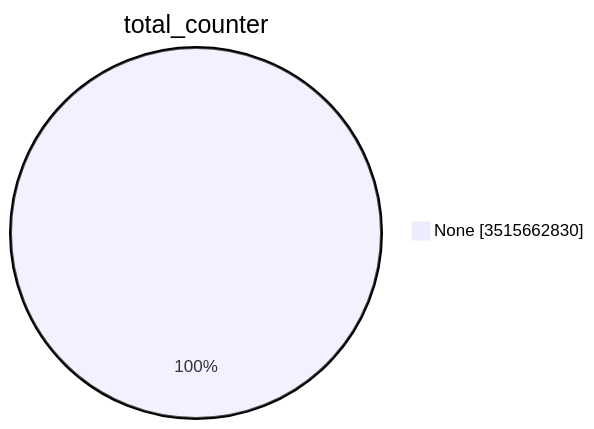
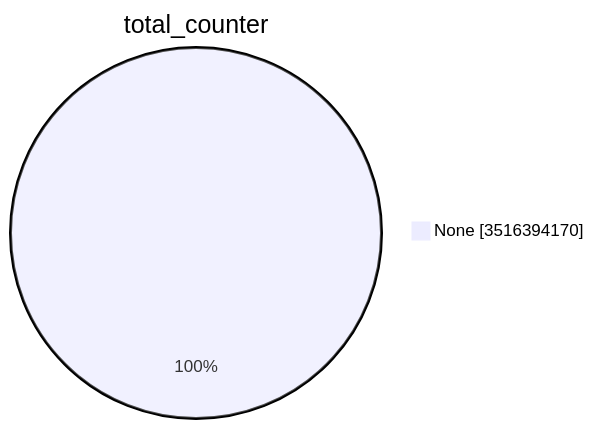
One commit to christiankrug/ctmonitor_visualization changed the first of 15 diagrams in TOTAL/README.md. Above: the diagram before and after it, drawn with Mermaid. The commit also changed other lines of this file, not shown here.

````diff
--- a/TOTAL/README.md
+++ b/TOTAL/README.md
@@ -1,5 +1,5 @@
 ```mermaid
 pie showData
 title total_counter
-"None" :3515662830
+"None" :3516394170
 ```
````
